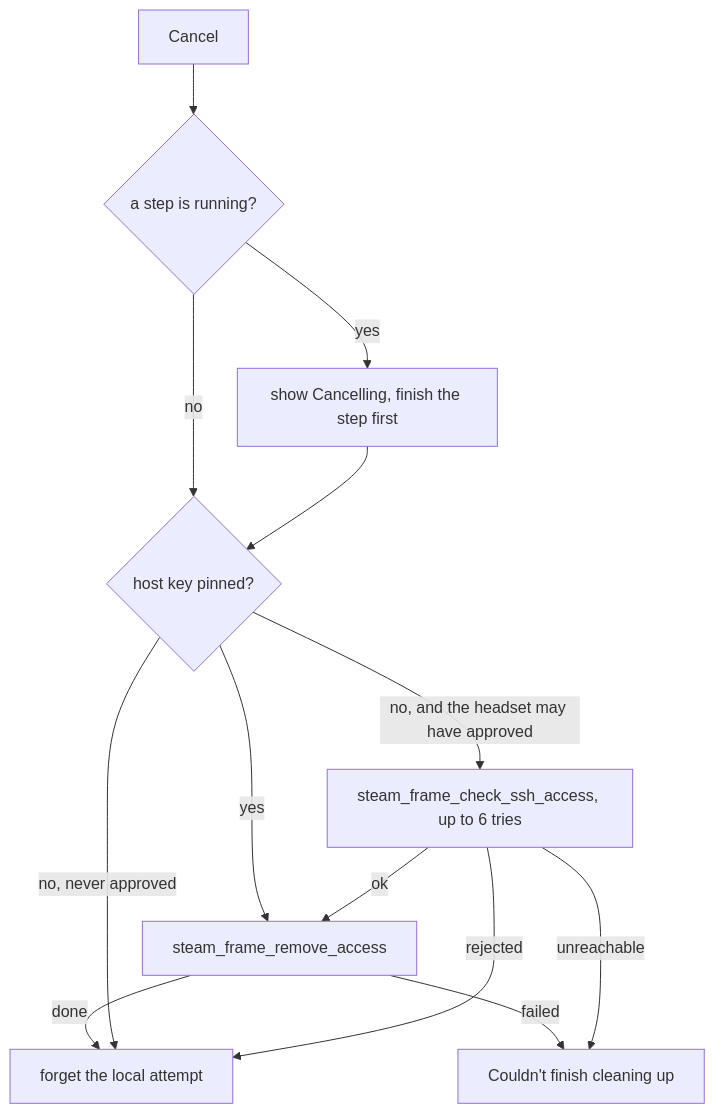
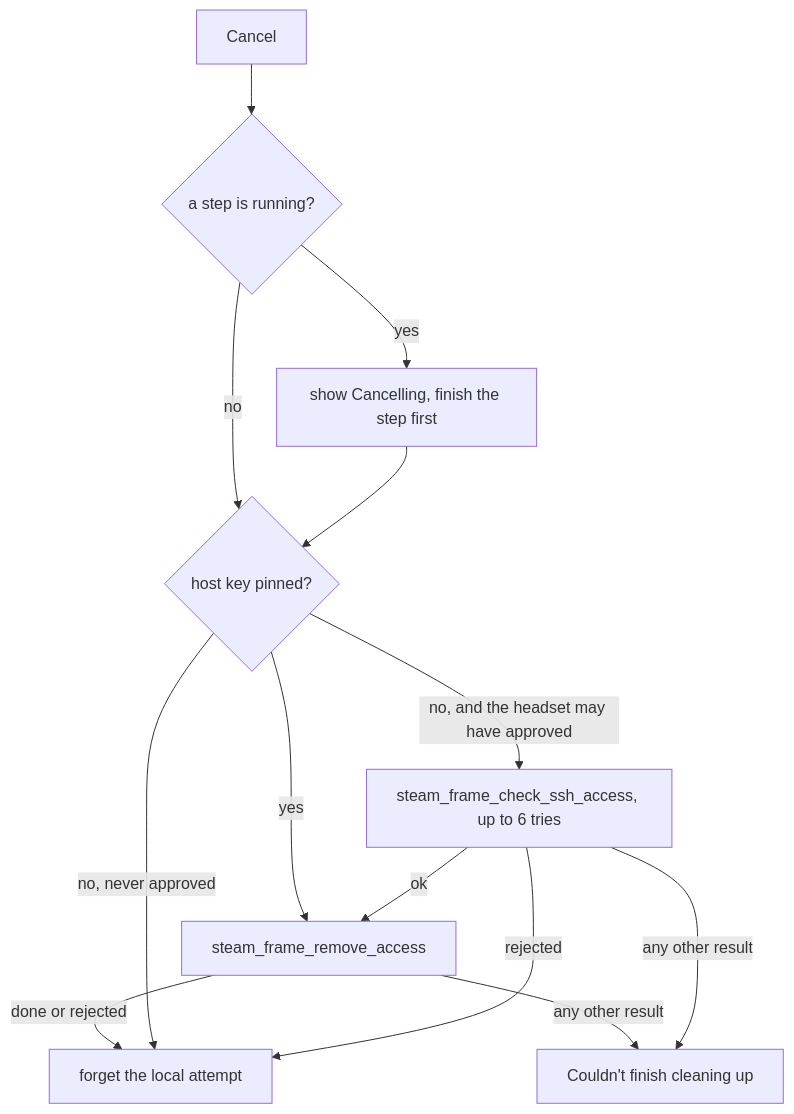
Before and after one commit to Raphiiko/OyasumiVR: the fourth of 7 diagrams in docs/agents/steam-frame-pairing.md, drawn with Mermaid. The commit also changed other lines of this file and 2 other files, not shown here.

````diff
--- a/docs/agents/steam-frame-pairing.md
+++ b/docs/agents/steam-frame-pairing.md
@@ -154,15 +148,15 @@
 ```mermaid
 flowchart TD
   A["Cancel"] --> B{"a step is running?"}
   B -- "yes" --> C["show Cancelling, finish the step first"]
   C --> D
   B -- "no" --> D{"host key pinned?"}
   D -- "no, and the headset may have approved" --> E["steam_frame_check_ssh_access, up to 6 tries"]
   E -- "ok" --> F
   E -- "rejected" --> G["forget the local attempt"]
-  E -- "unreachable" --> X["Couldn't finish cleaning up"]
+  E -- "any other result" --> X["Couldn't finish cleaning up"]
   D -- "no, never approved" --> G
   D -- "yes" --> F["steam_frame_remove_access"]
-  F -- "done" --> G
-  F -- "failed" --> X
+  F -- "done or rejected" --> G
+  F -- "any other result" --> X
 ```
````
